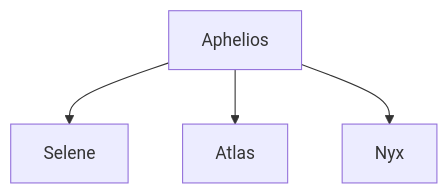
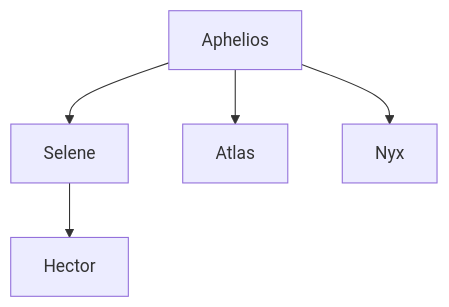
The diagram in Lore/The Cult of the Bull.md (Ben-Ganon/Obsidian_Olympus_DnD), drawn with Mermaid before and after one commit. The commit also changed other lines of this file and 3 other files, not shown here.

````diff
--- a/Lore/The Cult of the Bull.md
+++ b/Lore/The Cult of the Bull.md
@@ -2,6 +2,6 @@
 ```mermaid
 graph TD;
-Aphelios --> Selene
+Aphelios --> Selene --> Hector
 Aphelios --> Atlas
 Aphelios --> Nyx
 ```
````
